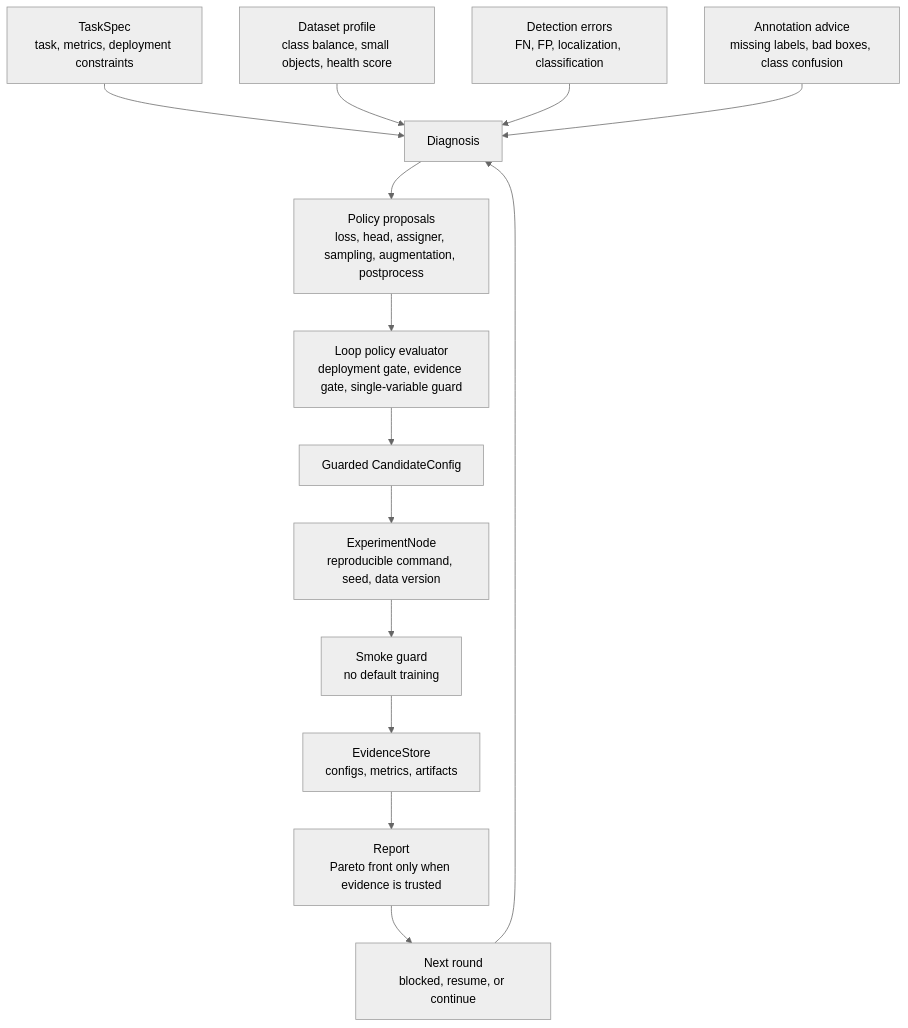
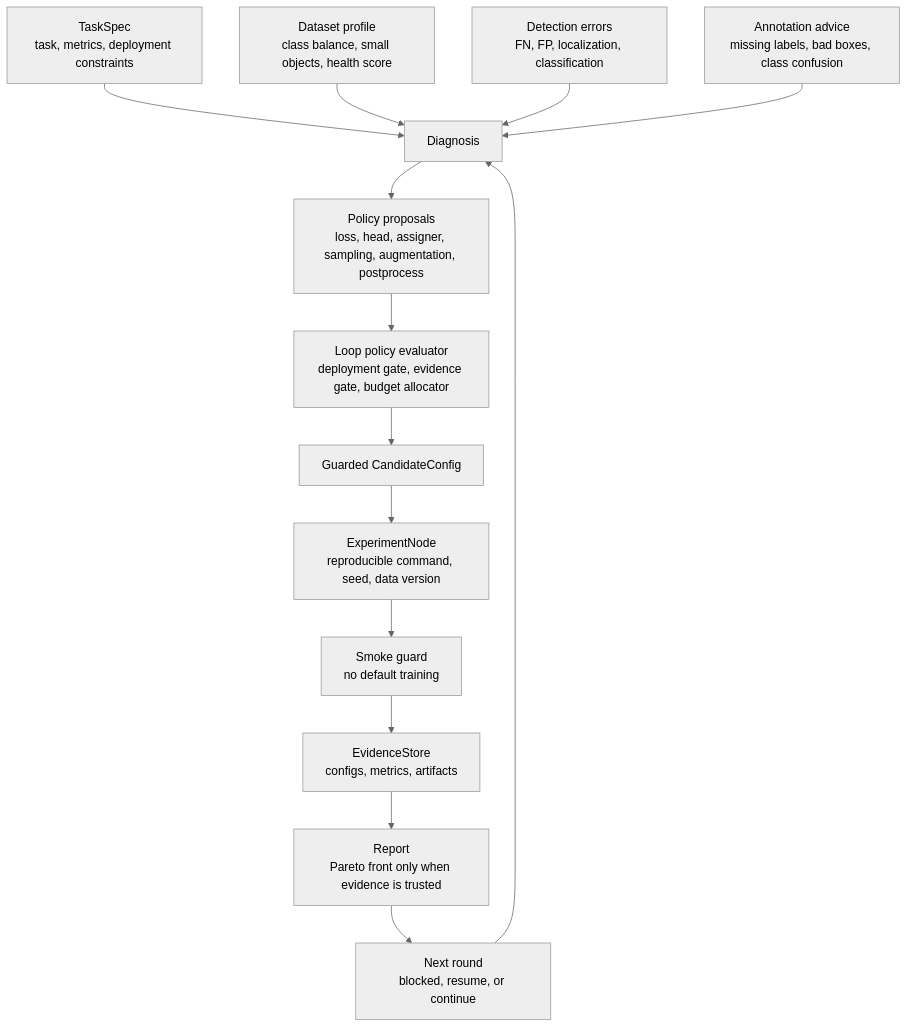
One commit to whut09/YOLO-Agent changed the diagram in README.md. Above: the diagram before and after it, drawn with Mermaid (neutral theme). The commit also changed other lines of this file and 6 other files, not shown here.

Commit message:
Add budget allocator to loop policy evaluator

````diff
--- a/README.md
+++ b/README.md
@@ -18,17 +18,17 @@
 ```mermaid
 flowchart TD
     A["TaskSpec<br/>task, metrics, deployment constraints"] --> D["Diagnosis"]
     B["Dataset profile<br/>class balance, small objects, health score"] --> D
     C["Detection errors<br/>FN, FP, localization, classification"] --> D
     Q["Annotation advice<br/>missing labels, bad boxes, class confusion"] --> D
 
     D --> P["Policy proposals<br/>loss, head, assigner, sampling, augmentation, postprocess"]
-    P --> G["Loop policy evaluator<br/>deployment gate, evidence gate, single-variable guard"]
+    P --> G["Loop policy evaluator<br/>deployment gate, evidence gate, budget allocator"]
     G --> CAND["Guarded CandidateConfig"]
     CAND --> EXP["ExperimentNode<br/>reproducible command, seed, data version"]
     EXP --> S["Smoke guard<br/>no default training"]
     S --> E["EvidenceStore<br/>configs, metrics, artifacts"]
     E --> R["Report<br/>Pareto front only when evidence is trusted"]
     R --> N["Next round<br/>blocked, resume, or continue"]
     N --> D
 ```
````
